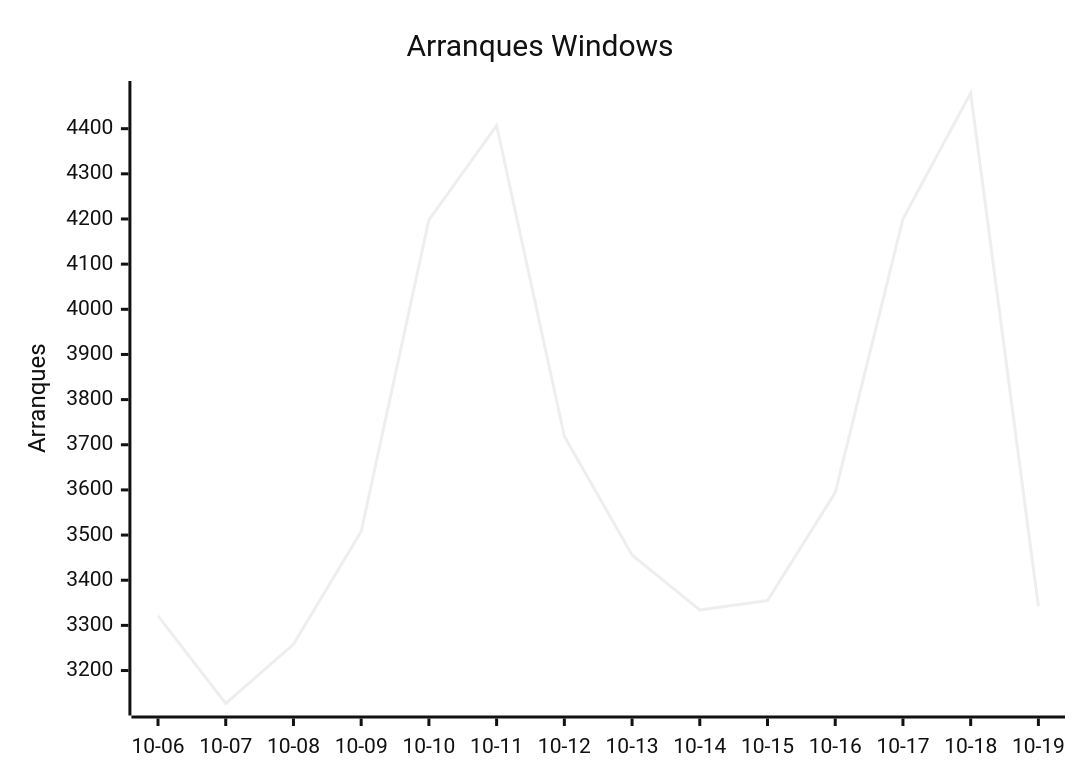
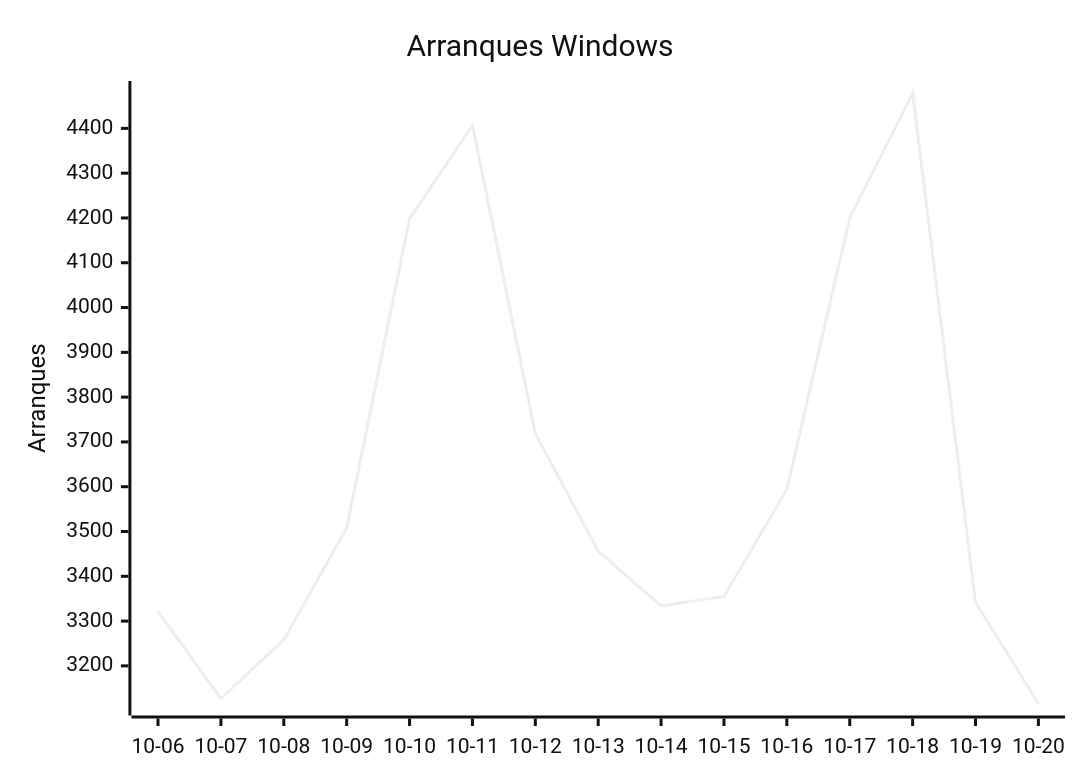
One commit to EmuDeck/stats changed the third of 8 diagrams in README.md. Above: the diagram before and after it, drawn with Mermaid (neutral theme). The commit also changed other lines of this file and 2 other files, not shown here.

````diff
--- a/README.md
+++ b/README.md
@@ -34,7 +34,7 @@
 ```mermaid
 xychart-beta
     title "Arranques Windows"
-    x-axis ["10-06", "10-07", "10-08", "10-09", "10-10", "10-11", "10-12", "10-13", "10-14", "10-15", "10-16", "10-17", "10-18", "10-19"]
+    x-axis ["10-06", "10-07", "10-08", "10-09", "10-10", "10-11", "10-12", "10-13", "10-14", "10-15", "10-16", "10-17", "10-18", "10-19", "10-20"]
     y-axis "Arranques"
-    line [3321, 3127, 3258, 3508, 4198, 4407, 3719, 3456, 3334, 3355, 3594, 4200, 4479, 3342]
+    line [3321, 3127, 3258, 3508, 4198, 4407, 3719, 3456, 3334, 3355, 3594, 4200, 4479, 3342, 3116]
 ```
````
